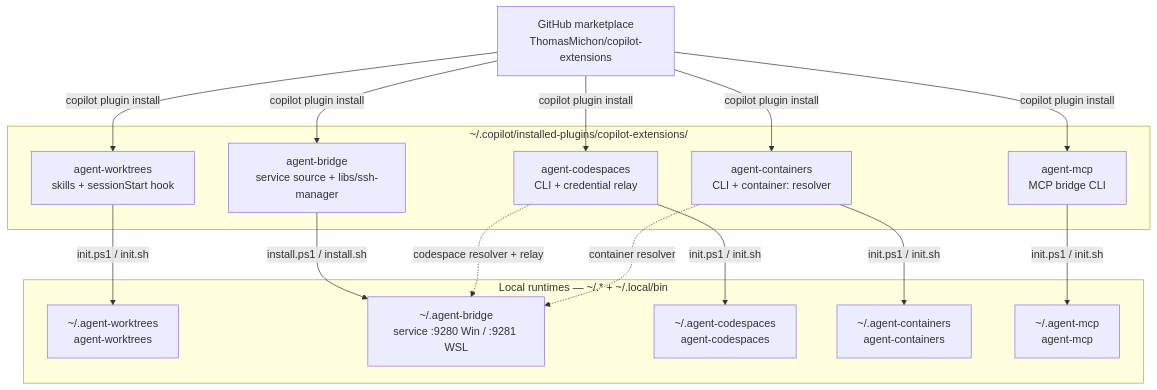
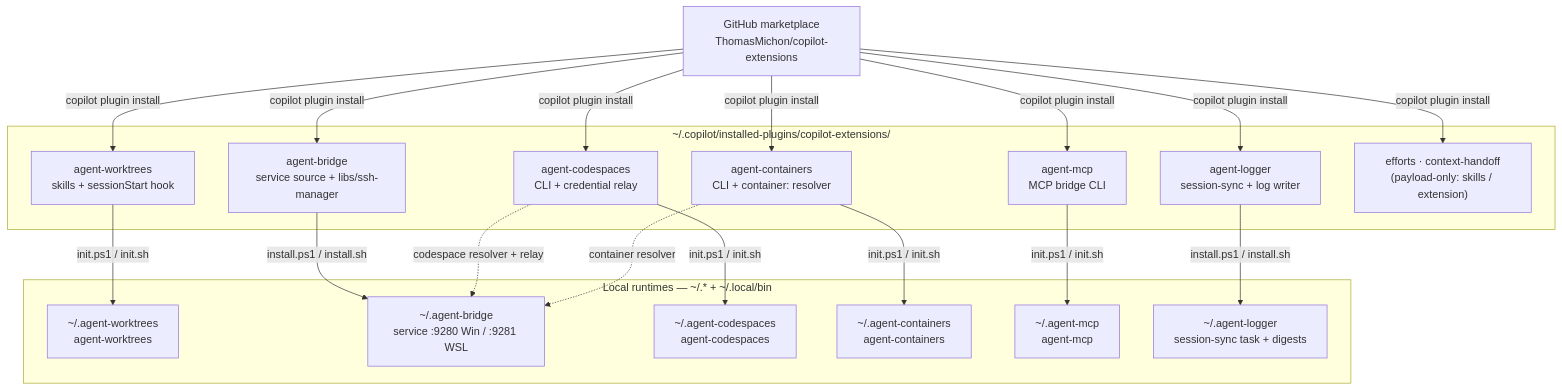
Before and after one commit to ThomasMichon/copilot-extensions: the first of 3 diagrams in README.md, drawn with Mermaid. The commit also changed other lines of this file and 8 other files, not shown here.

First line of the commit message:
docs: sync entry-point docs to the 8-plugin reality (Phase 1)

````diff
--- a/README.md
+++ b/README.md
@@ -30,30 +36,36 @@
 ```mermaid
 flowchart TB
     MP["GitHub marketplace<br/>ThomasMichon/copilot-extensions"]
     subgraph IP["~/.copilot/installed-plugins/copilot-extensions/"]
       AW["agent-worktrees<br/>skills + sessionStart hook"]
       AB["agent-bridge<br/>service source + libs/ssh-manager"]
       AC["agent-codespaces<br/>CLI + credential relay"]
       AN["agent-containers<br/>CLI + container: resolver"]
       AM["agent-mcp<br/>MCP bridge CLI"]
+      AL["agent-logger<br/>session-sync + log writer"]
+      PO["efforts · context-handoff<br/>(payload-only: skills / extension)"]
     end
     subgraph RT["Local runtimes — ~/.* + ~/.local/bin"]
       RW["~/.agent-worktrees<br/>agent-worktrees"]
       RB["~/.agent-bridge<br/>service :9280 Win / :9281 WSL"]
       RC["~/.agent-codespaces<br/>agent-codespaces"]
       RN["~/.agent-containers<br/>agent-containers"]
       RM["~/.agent-mcp<br/>agent-mcp"]
+      RL["~/.agent-logger<br/>session-sync task + digests"]
     end
     MP -->|copilot plugin install| AW
     MP -->|copilot plugin install| AB
     MP -->|copilot plugin install| AC
     MP -->|copilot plugin install| AN
     MP -->|copilot plugin install| AM
+    MP -->|copilot plugin install| AL
+    MP -->|copilot plugin install| PO
     AW -->|init.ps1 / init.sh| RW
     AB -->|install.ps1 / install.sh| RB
     AC -->|init.ps1 / init.sh| RC
     AN -->|init.ps1 / init.sh| RN
     AM -->|init.ps1 / init.sh| RM
+    AL -->|install.ps1 / install.sh| RL
     AC -.->|codespace resolver + relay| RB
     AN -.->|container resolver| RB
 ```
````
